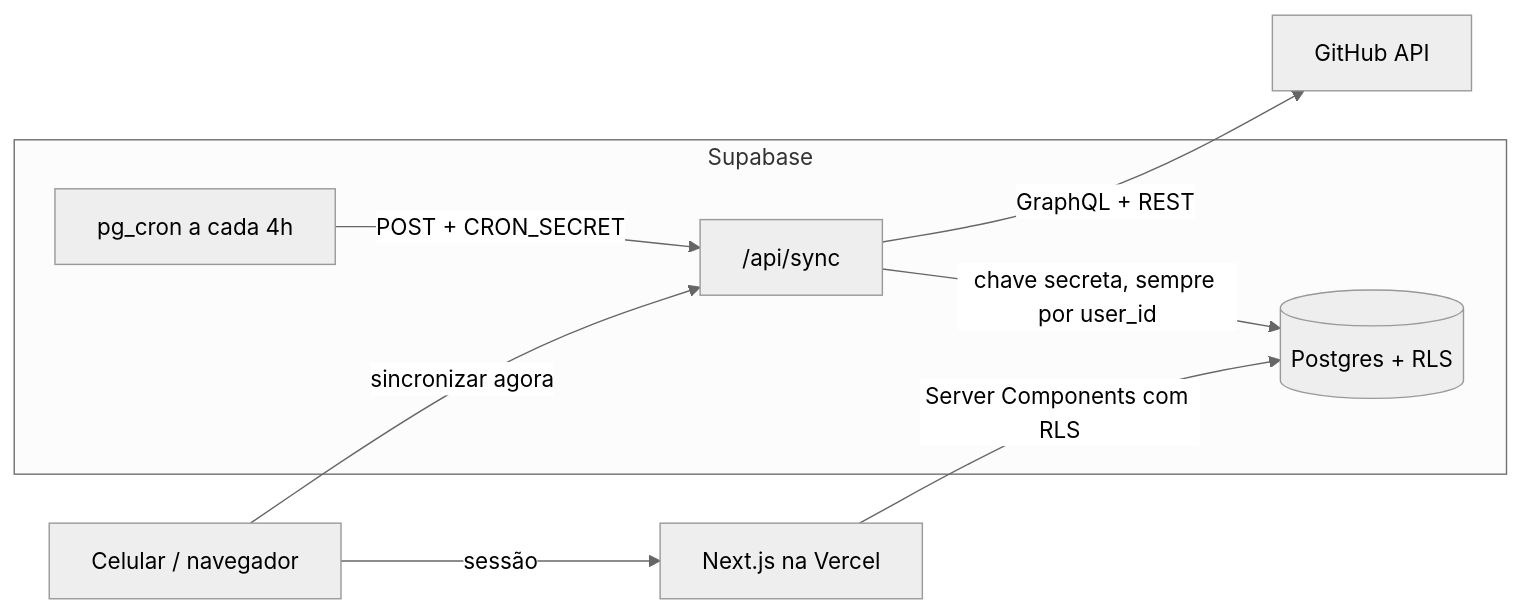
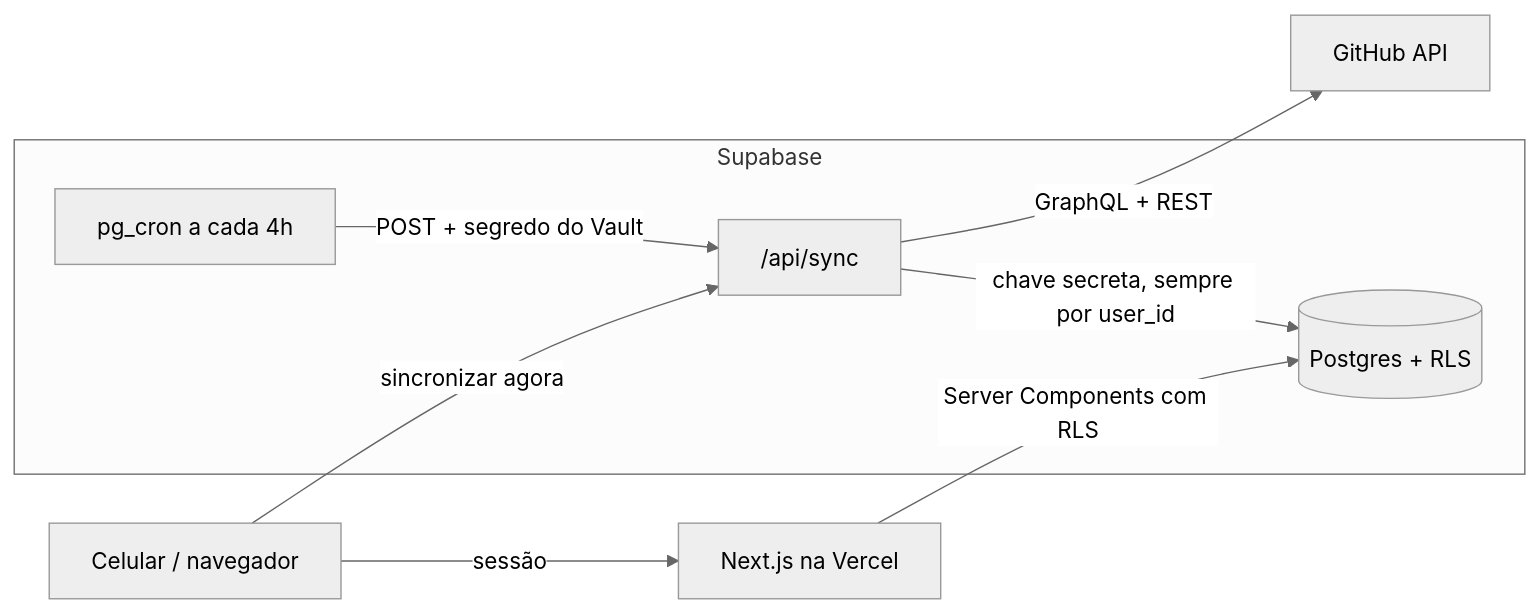
One commit to Oguipereira/pipo changed the diagram in README.md. Above: the diagram before and after it, drawn with Mermaid (neutral theme). The commit also changed other lines of this file and 5 other files, not shown here.

First line of the commit message:
feat: keep the cron secret only in Supabase Vault

````diff
--- a/README.md
+++ b/README.md
@@ -36,12 +36,12 @@
 ```mermaid
 flowchart LR
   subgraph Supabase
-    cron[pg_cron a cada 4h] -->|POST + CRON_SECRET| api
+    cron[pg_cron a cada 4h] -->|POST + segredo do Vault| api
     db[(Postgres + RLS)]
   end
   user[Celular / navegador] -->|sessão| next[Next.js na Vercel]
   next -->|Server Components com RLS| db
   user -->|"sincronizar agora"| api["/api/sync"]
   api -->|GraphQL + REST| gh[GitHub API]
   api -->|chave secreta, sempre por user_id| db
 ```
````
